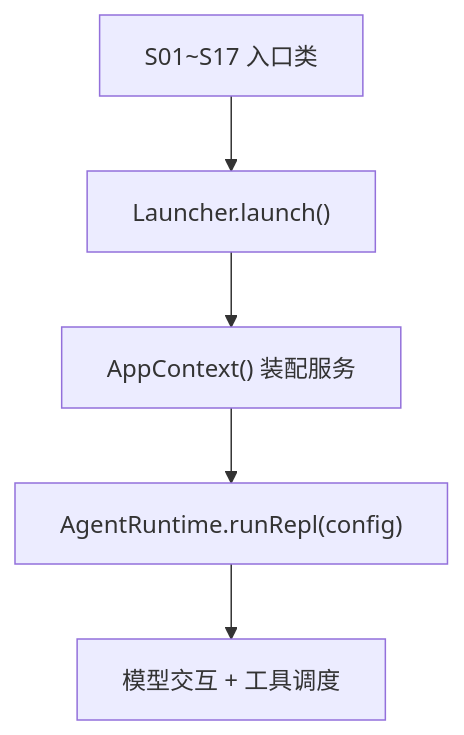
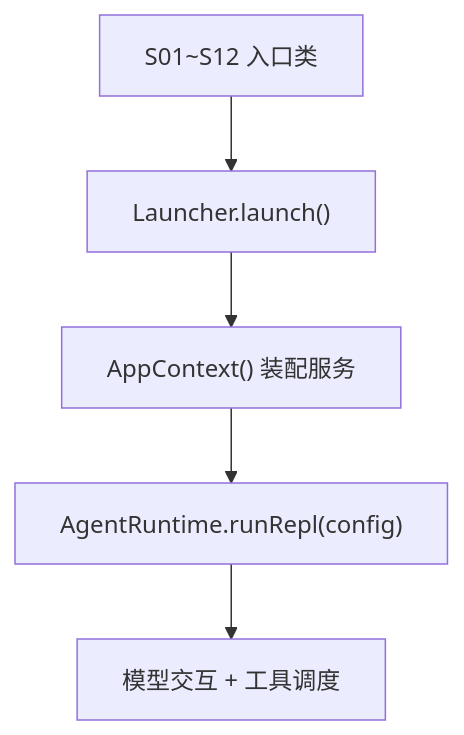
The first of 3 diagrams in .qoder/repowiki/zh/content/学习阶段详解/学习阶段详解.md (chenlds1994/learn-claude-code-java), drawn with Mermaid before and after one commit. The commit also changed other lines of this file and 143 other files, not shown here.

First line of the commit message:
更新 repowiki 与 drawio 教程图至 17 阶段结构

````diff
--- a/.qoder/repowiki/zh/content/学习阶段详解/学习阶段详解.md
+++ b/.qoder/repowiki/zh/content/学习阶段详解/学习阶段详解.md
@@ -48,7 +46,7 @@
 ```mermaid
 graph TB
-A["S01~S17 入口类"] --> B["Launcher.launch()"]
+A["S01~S12 入口类"] --> B["Launcher.launch()"]
 B --> C["AppContext() 装配服务"]
 C --> D["AgentRuntime.runRepl(config)"]
 D --> E["模型交互 + 工具调度"]
 ```
````
